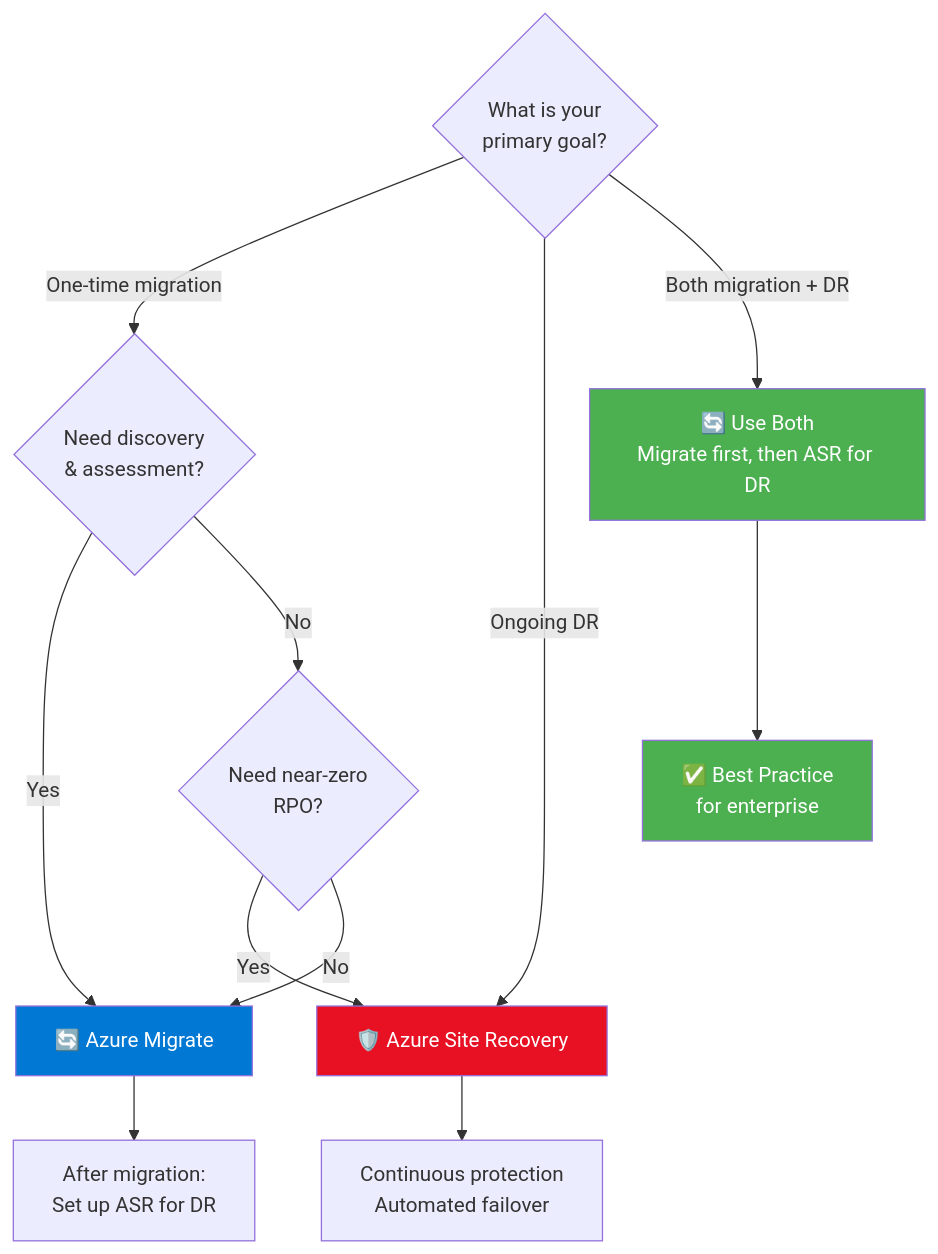
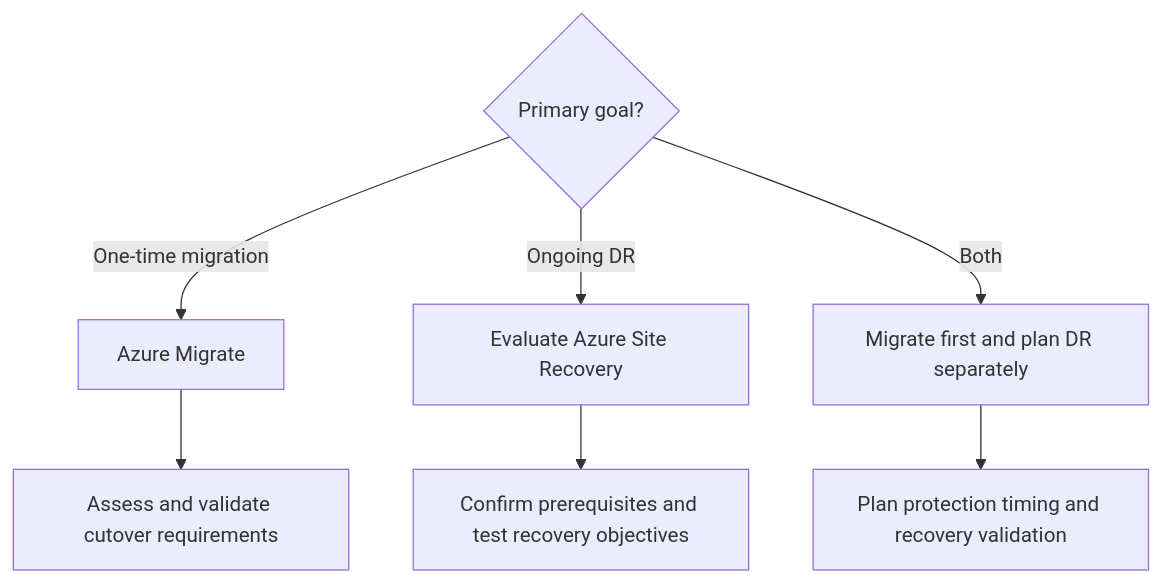
One commit to JBibbs19/azure-migrate-workshop changed the diagram in docs/Module-4-ASR-Comparison.md. Above: the diagram before and after it, drawn with Mermaid. The commit also changed other lines of this file and 5 other files, not shown here.

````diff
--- a/docs/Module-4-ASR-Comparison.md
+++ b/docs/Module-4-ASR-Comparison.md
@@ -279,21 +245,9 @@
 ```mermaid
 flowchart TD
-    Start{What is your<br/>primary goal?} -->|"One-time migration"| MigQ{Need discovery<br/>& assessment?}
-    Start -->|"Ongoing DR"| ASR["🛡️ Azure Site Recovery"]
-    Start -->|"Both migration + DR"| Both["🔄 Use Both<br/>Migrate first, then ASR for DR"]
-
-    MigQ -->|Yes| Migrate["🔄 Azure Migrate"]
-    MigQ -->|No| RPO{Need near-zero<br/>RPO?}
-
-    RPO -->|Yes| ASR
-    RPO -->|No| Migrate
-
-    Migrate --> Post["After migration:<br/>Set up ASR for DR"]
-    ASR --> ASRDR["Continuous protection<br/>Automated failover"]
-    Both --> Best["✅ Best Practice<br/>for enterprise"]
-
-    style Migrate fill:#0078D4,color:white
-    style ASR fill:#E81123,color:white
-    style Both fill:#4CAF50,color:white
-    style Best fill:#4CAF50,color:white
+    Start{Primary goal?} -->|One-time migration| Migrate[Azure Migrate]
+    Start -->|Ongoing DR| ASR[Evaluate Azure Site Recovery]
+    Start -->|Both| Both[Migrate first and plan DR separately]
+    Migrate --> Validate[Assess and validate cutover requirements]
+    ASR --> Design[Confirm prerequisites and test recovery objectives]
+    Both --> Plan[Plan protection timing and recovery validation]
 ```
````
